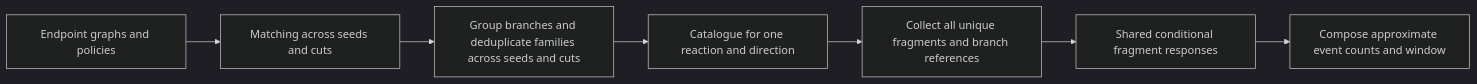
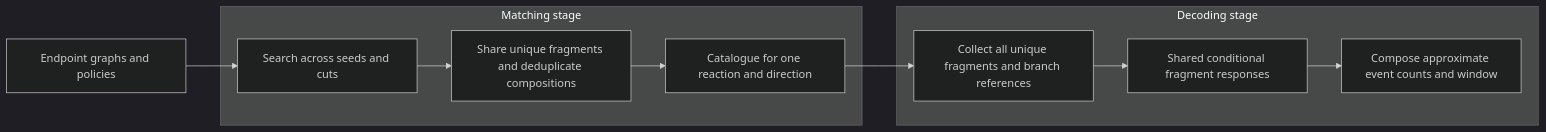
One commit to yunhzou/MAPPA-AAM changed the first of 9 diagrams in design.md. Above: the diagram before and after it, drawn with Mermaid (dark theme). The commit also changed other lines of this file and 18 other files, not shown here.

````diff
--- a/design.md
+++ b/design.md
@@ -28,9 +30,13 @@
 ```mermaid
 flowchart LR
-    Input[Endpoint graphs and policies] --> Matching[Matching across seeds and cuts]
-    Matching --> Reduce[Group branches and deduplicate families across seeds and cuts]
-    Reduce --> Catalogue[Catalogue for one reaction and direction]
+    Input[Endpoint graphs and policies] --> Search
+    subgraph Matching[Matching stage]
+      Search[Search across seeds and cuts] --> Reduce[Share unique fragments and deduplicate compositions]
+      Reduce --> Catalogue[Catalogue for one reaction and direction]
+    end
     Catalogue --> Inventory[Collect all unique fragments and branch references]
-    Inventory --> Local[Shared conditional fragment responses]
-    Local --> Compose[Compose approximate event counts and window]
+    subgraph Decoding[Decoding stage]
+      Inventory --> Local[Shared conditional fragment responses]
+      Local --> Compose[Compose approximate event counts and window]
+    end
 ```
````
